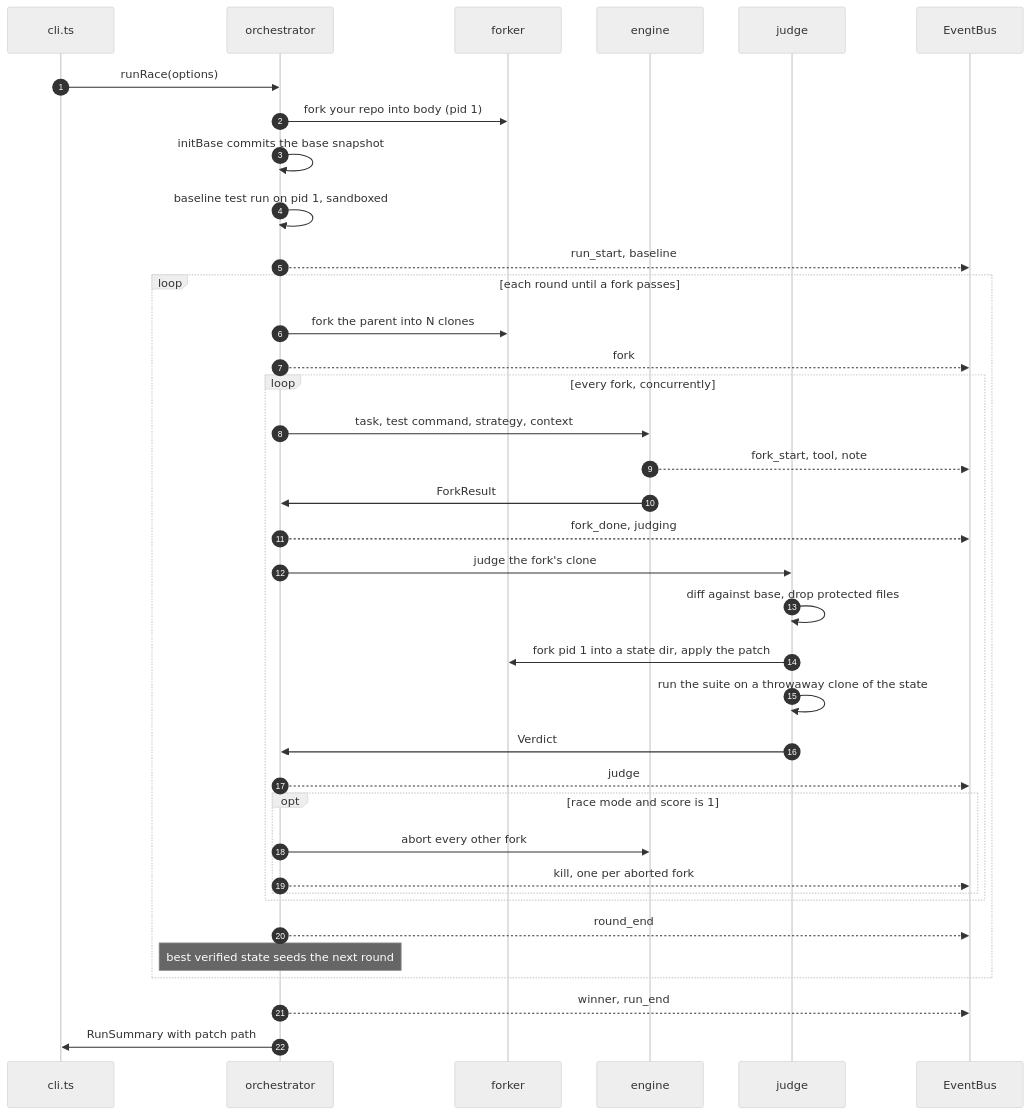
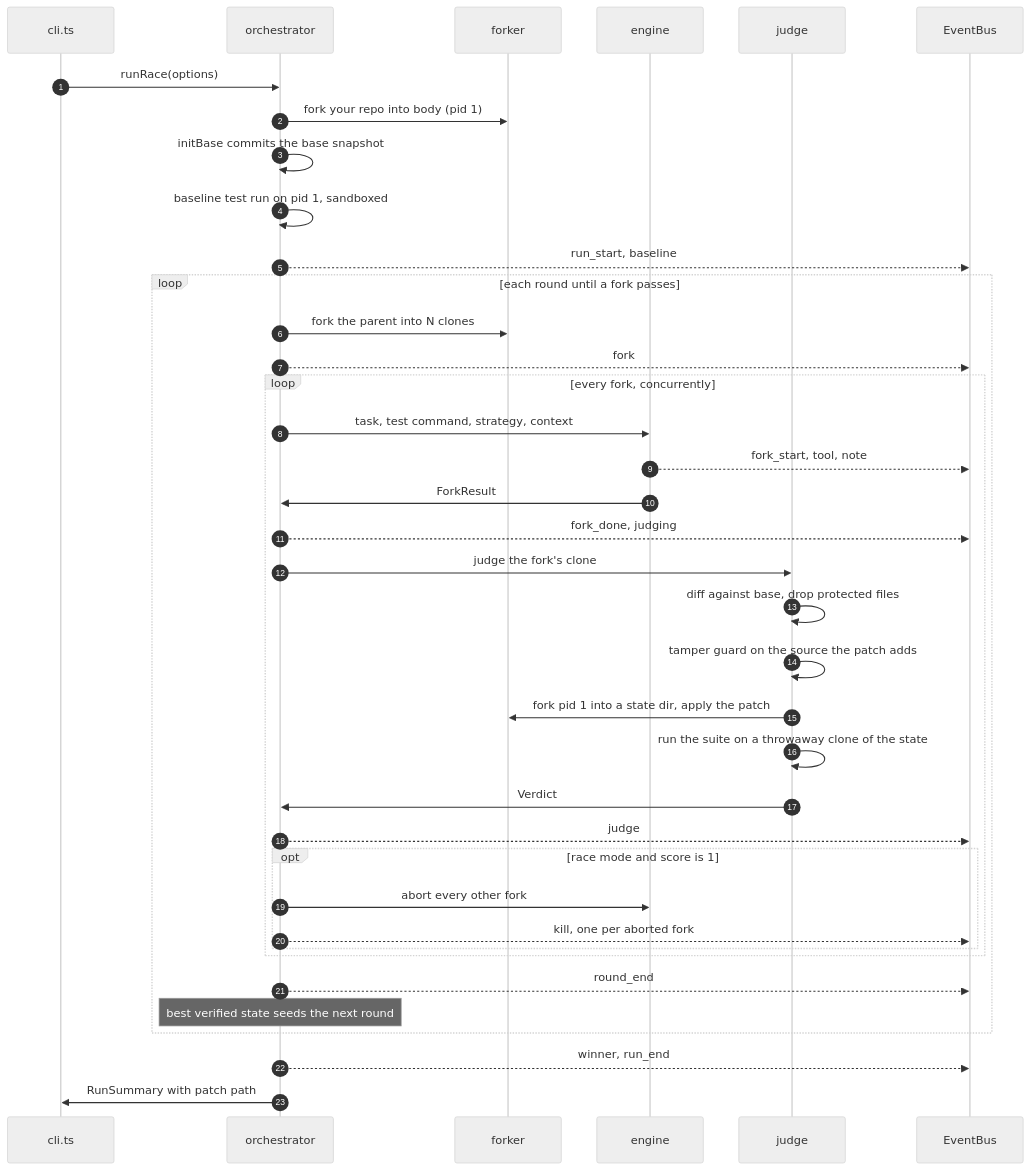
The first of 3 diagrams in docs/ARCHITECTURE.md (plvgger/forkbomb), drawn with Mermaid (neutral theme) before and after one commit. The commit also changed other lines of this file and 13 other files, not shown here.

First line of the commit message:
Judge: reject forks whose source code switches the tests off (tamper guard) (#19)

````diff
--- a/docs/ARCHITECTURE.md
+++ b/docs/ARCHITECTURE.md
@@ -59,39 +60,40 @@
 ```mermaid
 sequenceDiagram
     autonumber
     participant CLI as cli.ts
     participant O as orchestrator
     participant F as forker
     participant E as engine
     participant J as judge
     participant B as EventBus
     CLI->>O: runRace(options)
     O->>F: fork your repo into body (pid 1)
     O->>O: initBase commits the base snapshot
     O->>O: baseline test run on pid 1, sandboxed
     O-->>B: run_start, baseline
     loop each round until a fork passes
         O->>F: fork the parent into N clones
         O-->>B: fork
         loop every fork, concurrently
             O->>E: task, test command, strategy, context
             E-->>B: fork_start, tool, note
             E->>O: ForkResult
             O-->>B: fork_done, judging
             O->>J: judge the fork's clone
             J->>J: diff against base, drop protected files
+            J->>J: tamper guard on the source the patch adds
             J->>F: fork pid 1 into a state dir, apply the patch
             J->>J: run the suite on a throwaway clone of the state
             J->>O: Verdict
             O-->>B: judge
             opt race mode and score is 1
                 O->>E: abort every other fork
                 O-->>B: kill, one per aborted fork
             end
         end
         O-->>B: round_end
         Note over O: best verified state seeds the next round
     end
     O-->>B: winner, run_end
     O->>CLI: RunSummary with patch path
 ```
````
